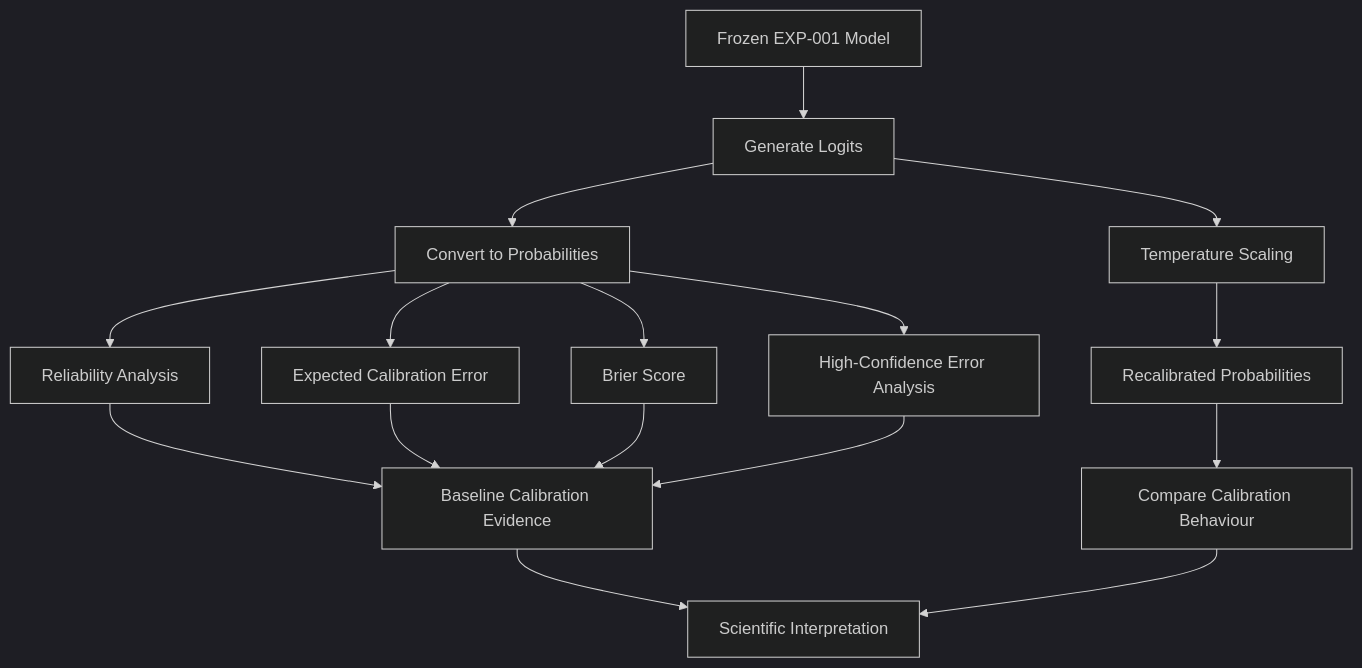
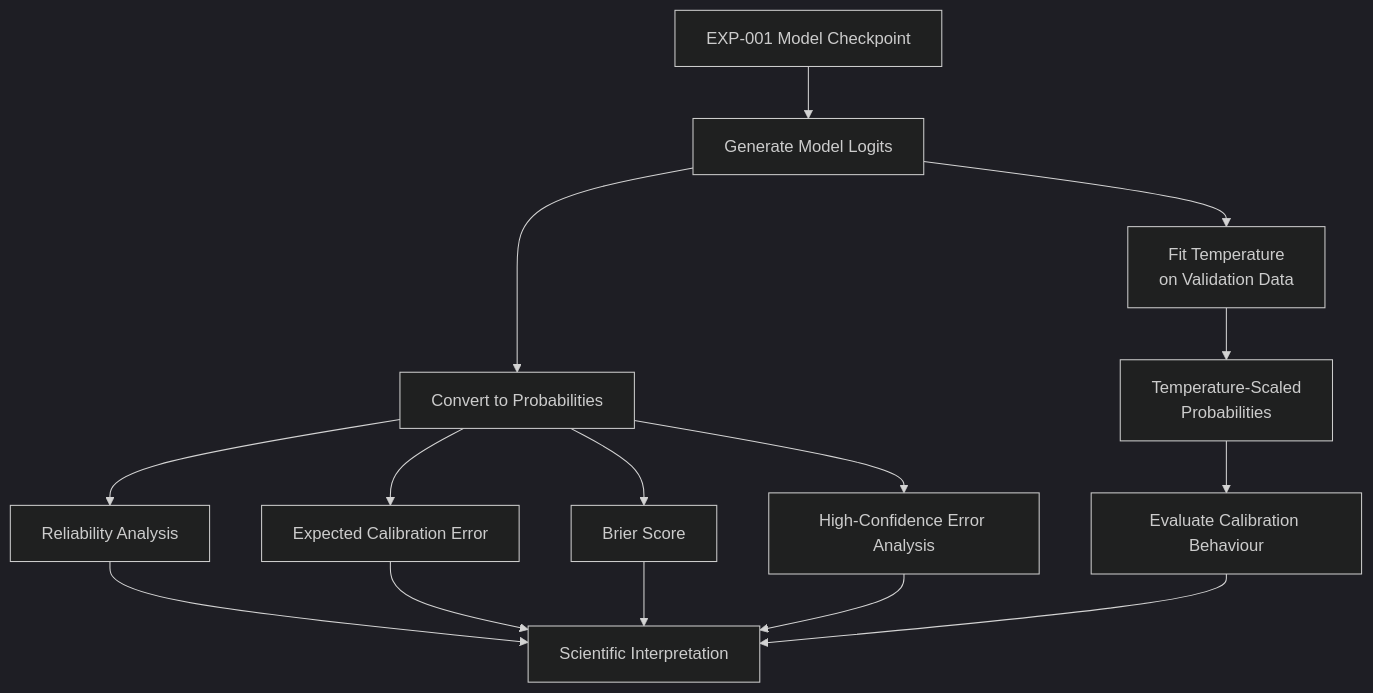
The fourth of 11 diagrams in docs/experiment_002_calibration.md (hammedfataio/trustworthy-healthcare-ai), drawn with Mermaid (dark theme) before and after one commit. The commit also changed other lines of this file, not shown here.

First line of the commit message:
Update experiment_002_calibration.md

````diff
--- a/docs/experiment_002_calibration.md
+++ b/docs/experiment_002_calibration.md
@@ -342,26 +330,24 @@
 ```mermaid
 flowchart TD
 
-    MODEL["Frozen EXP-001 Model"] --> LOGITS["Generate Logits"]
+    CKPT["EXP-001 Model Checkpoint"] --> LOGITS["Generate Model Logits"]
 
     LOGITS --> PROBS["Convert to Probabilities"]
 
     PROBS --> REL["Reliability Analysis"]
     PROBS --> ECE["Expected Calibration Error"]
     PROBS --> BRIER["Brier Score"]
     PROBS --> ERR["High-Confidence Error Analysis"]
 
-    REL --> BASE["Baseline Calibration Evidence"]
-    ECE --> BASE
-    BRIER --> BASE
-    ERR --> BASE
+    LOGITS --> TEMP["Fit Temperature<br/>on Validation Data"]
 
-    LOGITS --> TEMP["Temperature Scaling"]
+    TEMP --> RECAL["Temperature-Scaled<br/>Probabilities"]
 
-    TEMP --> RECAL["Recalibrated Probabilities"]
+    RECAL --> COMP["Evaluate Calibration Behaviour"]
 
-    RECAL --> COMP["Compare Calibration Behaviour"]
-
-    BASE --> INTERP["Scientific Interpretation"]
+    REL --> INTERP["Scientific Interpretation"]
+    ECE --> INTERP
+    BRIER --> INTERP
+    ERR --> INTERP
     COMP --> INTERP
 ```
````
